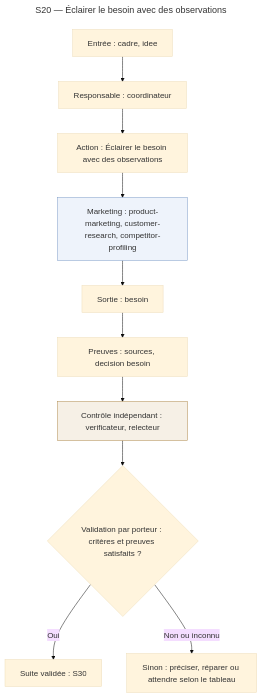
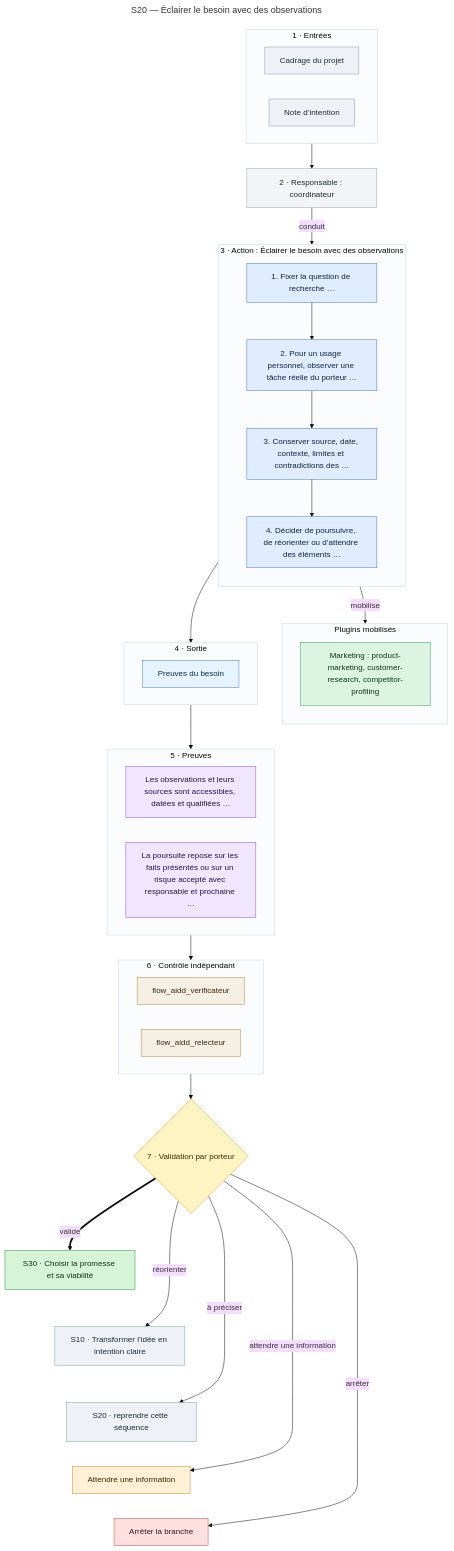
One commit to yanix2445/flow-aidd changed the fourth of 21 diagrams in docs/schemas/schemas.md. Above: the diagram before and after it, drawn with Mermaid (base theme). The commit also changed other lines of this file and 23 other files, not shown here.

First line of the commit message:
docs(schemas): redraw Mermaid schemas with aidd-context:09-mermaid

````diff
--- a/docs/schemas/schemas.md
+++ b/docs/schemas/schemas.md
@@ -129,27 +298,86 @@
 title: "S20 — Éclairer le besoin avec des observations"
 ---
 flowchart TB
-  Entree["Entrée : cadre, idee"]
-  Responsable["Responsable : coordinateur"]
-  Action["Action : Éclairer le besoin avec des observations"]
-  Plugins["Marketing : product-marketing, customer-research, competitor-profiling"]
-  Sortie["Sortie : besoin"]
-  Preuve["Preuves : sources, decision besoin"]
-  Controle["Contrôle indépendant : verificateur, relecteur"]
-  Validation{"Validation par porteur : critères et preuves satisfaits ?"}
-  Destination["Suite validée : S30"]
-  AutreIssue["Sinon : préciser, réparer ou attendre selon le tableau"]
-  Entree --> Responsable
-  Responsable --> Action
-  Action --> Plugins
-  Plugins --> Sortie
-  Sortie --> Preuve
-  Preuve --> Controle
+  subgraph Entrees["1 · Entrées"]
+    EntreeCadre["Cadrage du projet"]
+    EntreeIdee["Note d’intention"]
+  end
+  Responsable["2 · Responsable : coordinateur"]
+  subgraph Action["3 · Action : Éclairer le besoin avec des observations"]
+    direction TB
+    Etape1["1. Fixer la question de recherche …"]
+    Etape2["2. Pour un usage personnel, observer une tâche réelle du porteur …"]
+    Etape3["3. Conserver source, date, contexte, limites et contradictions des …"]
+    Etape4["4. Décider de poursuivre, de réorienter ou d’attendre des éléments …"]
+  end
+  subgraph Plugins["Plugins mobilisés"]
+    direction TB
+    PluginsMarketing["Marketing : product-marketing, customer-research, competitor-profiling"]
+  end
+  subgraph Sortie["4 · Sortie"]
+    SortieBesoin["Preuves du besoin"]
+  end
+  subgraph Preuves["5 · Preuves"]
+    PreuveSources["Les observations et leurs sources sont accessibles, datées et qualifiées …"]
+    PreuveDecisionBesoin["La poursuite repose sur les faits présentés ou sur un risque accepté avec responsable et prochaine …"]
+  end
+  subgraph Controle["6 · Contrôle indépendant"]
+    AgentVerificateur["flow_aidd_verificateur"]
+    AgentRelecteur["flow_aidd_relecteur"]
+  end
+  Validation{"7 · Validation par porteur"}
+  VersS30["S30 · Choisir la promesse et sa viabilité"]
+  VersS10["S10 · Transformer l’idée en intention claire"]
+  VersS20["S20 · reprendre cette séquence"]
+  VersWAIT_INFO["Attendre une information"]
+  VersSTOP["Arrêter la branche"]
+  Entrees --> Responsable
+  Responsable -- "conduit" --> Action
+  Etape1 --> Etape2
+  Etape2 --> Etape3
+  Etape3 --> Etape4
+  Action -- "mobilise" --> Plugins
+  Action --> Sortie
+  Sortie --> Preuves
+  Preuves --> Controle
   Controle --> Validation
-  Validation -- "Oui" --> Destination
-  Validation -- "Non ou inconnu" --> AutreIssue
-  classDef plugins fill:#eef3fb,stroke:#7f9cc7
-  class Plugins plugins
-  classDef controle fill:#f6f0e6,stroke:#b08a4f
-  class Controle controle
+  VersS30 ~~~ VersS10
+  VersS10 ~~~ VersS20
+  VersS20 ~~~ VersWAIT_INFO
+  VersWAIT_INFO ~~~ VersSTOP
+  Validation == "valide" ==> VersS30
+  Validation -- "réorienter" --> VersS10
+  Validation -- "à préciser" --> VersS20
+  Validation -- "attendre une information" --> VersWAIT_INFO
+  Validation -- "arrêter" --> VersSTOP
+  classDef entree fill:#eef2f7,stroke:#8a9bb0,color:#1f2933
+  classDef responsable fill:#f3f4f6,stroke:#9ca3af,color:#1f2933
+  classDef etape fill:#e0ecff,stroke:#4a78c2,color:#10243f
+  classDef marketing fill:#dcf5e3,stroke:#3c9a5f,color:#0f3320
+  classDef sortie fill:#e6f4ff,stroke:#3b82c4,color:#0b2a44
+  classDef preuve fill:#f1e6ff,stroke:#8b5cc7,color:#2b1247
+  classDef controle fill:#f6efe3,stroke:#b08a4f,color:#3a2a10
+  classDef validation fill:#fff4c2,stroke:#c9a227,color:#3a2e00
+  classDef ok fill:#d6f5d6,stroke:#2f8f46,color:#0d3318
+  classDef retour fill:#eef2f7,stroke:#8a9bb0,color:#1f2933
+  classDef attente fill:#fff0d6,stroke:#c98a2b,color:#3a2600
+  classDef stop fill:#ffe0e0,stroke:#c24a4a,color:#3d0f0f
+  class EntreeCadre,EntreeIdee entree
+  class Responsable responsable
+  class Etape1,Etape2,Etape3,Etape4 etape
+  class PluginsMarketing marketing
+  class SortieBesoin sortie
+  class PreuveSources,PreuveDecisionBesoin preuve
+  class AgentVerificateur,AgentRelecteur controle
+  class Validation validation
+  class VersS30 ok
+  class VersS10,VersS20 retour
+  class VersWAIT_INFO attente
+  class VersSTOP stop
+  style Entrees fill:#fbfcfe,stroke:#cbd5e1
+  style Action fill:#fbfcfe,stroke:#cbd5e1
+  style Plugins fill:#fbfcfe,stroke:#cbd5e1
+  style Sortie fill:#fbfcfe,stroke:#cbd5e1
+  style Preuves fill:#fbfcfe,stroke:#cbd5e1
+  style Controle fill:#fbfcfe,stroke:#cbd5e1
 ```
````
